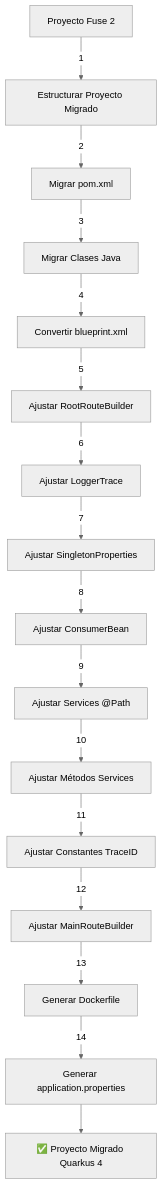
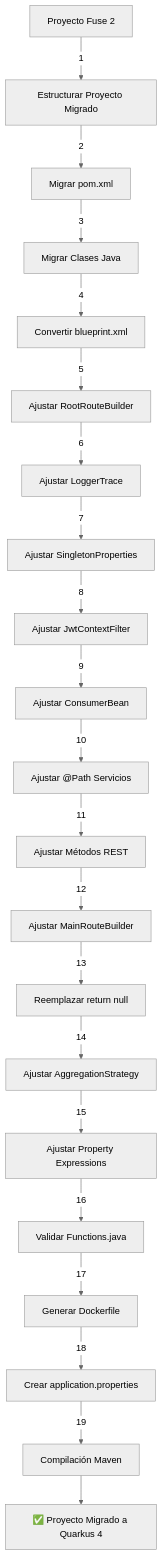
Before and after one commit to fonchero/architerco: the diagram in README.md, drawn with Mermaid (neutral theme). The commit also changed other lines of this file, not shown here.

````diff
--- a/README.md
+++ b/README.md
@@ -71,18 +76,23 @@
 ```mermaid
 graph TD
   A[Proyecto Fuse 2] -->|1| B[Estructurar Proyecto Migrado]
   B -->|2| C[Migrar pom.xml]
   C -->|3| D[Migrar Clases Java]
   D -->|4| E[Convertir blueprint.xml]
   E -->|5| F[Ajustar RootRouteBuilder]
   F -->|6| G[Ajustar LoggerTrace]
   G -->|7| H[Ajustar SingletonProperties]
-  H -->|8| I[Ajustar ConsumerBean]
-  I -->|9| J[Ajustar Services @Path]
-  J -->|10| K[Ajustar Métodos Services]
-  K -->|11| L[Ajustar Constantes TraceID]
+  H -->|8| I[Ajustar JwtContextFilter]
+  I -->|9| J[Ajustar ConsumerBean]
+  J -->|10| K[Ajustar @Path Servicios]
+  K -->|11| L[Ajustar Métodos REST]
   L -->|12| M[Ajustar MainRouteBuilder]
-  M -->|13| N[Generar Dockerfile]
-  N -->|14| O[Generar application.properties]
-  O --> P[✅ Proyecto Migrado Quarkus 4]
+  M -->|13| N[Reemplazar return null]
+  N -->|14| O[Ajustar AggregationStrategy]
+  O -->|15| P[Ajustar Property Expressions]
+  P -->|16| Q[Validar Functions.java]
+  Q -->|17| R[Generar Dockerfile]
+  R -->|18| S[Crear application.properties]
+  S -->|19| T[Compilación Maven]
+  T --> U[✅ Proyecto Migrado a Quarkus 4]
 ```
````
